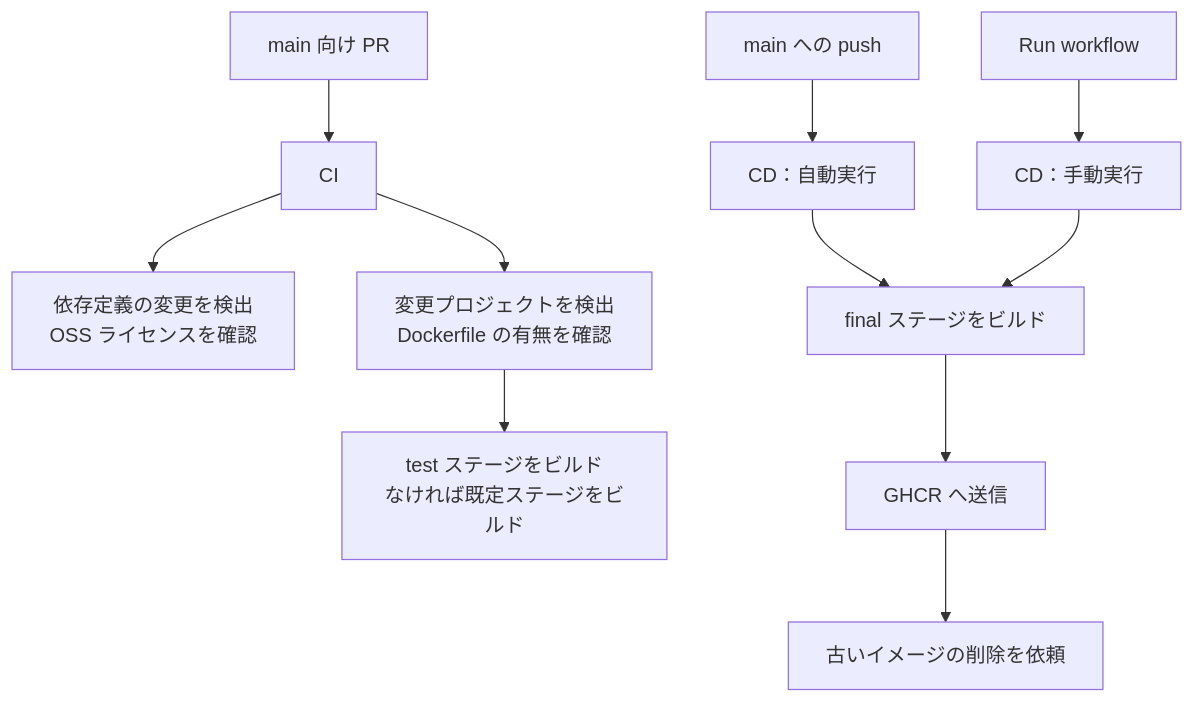
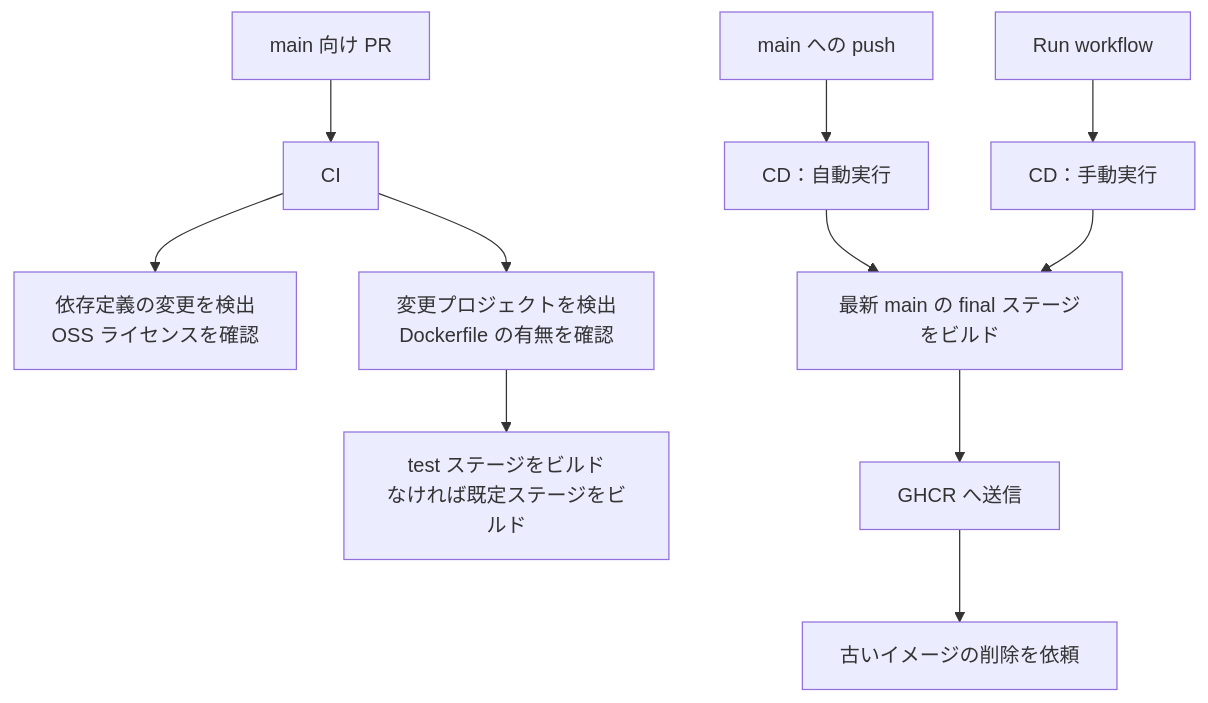
One commit to u7chan/monorepo changed the diagram in docs/about-cicd.md. Above: the diagram before and after it, drawn with Mermaid. The commit also changed other lines of this file and 17 other files, not shown here.

````diff
--- a/docs/about-cicd.md
+++ b/docs/about-cicd.md
@@ -20,14 +20,14 @@
 ```mermaid
 flowchart TB
   PR["main 向け PR"] --> CI["CI"]
   CI --> LICENSE["依存定義の変更を検出<br/>OSS ライセンスを確認"]
   CI --> CI_PROJECTS["変更プロジェクトを検出<br/>Dockerfile の有無を確認"]
   CI_PROJECTS --> CI_BUILD["test ステージをビルド<br/>なければ既定ステージをビルド"]
 
   PUSH["main への push"] --> AUTO["CD：自動実行"]
   MANUAL["Run workflow"] --> MANUAL_CD["CD：手動実行"]
-  AUTO --> FINAL["final ステージをビルド"]
+  AUTO --> FINAL["最新 main の final ステージをビルド"]
   MANUAL_CD --> FINAL
   FINAL --> GHCR["GHCR へ送信"]
   GHCR --> CLEANUP["古いイメージの削除を依頼"]
 ```
````
